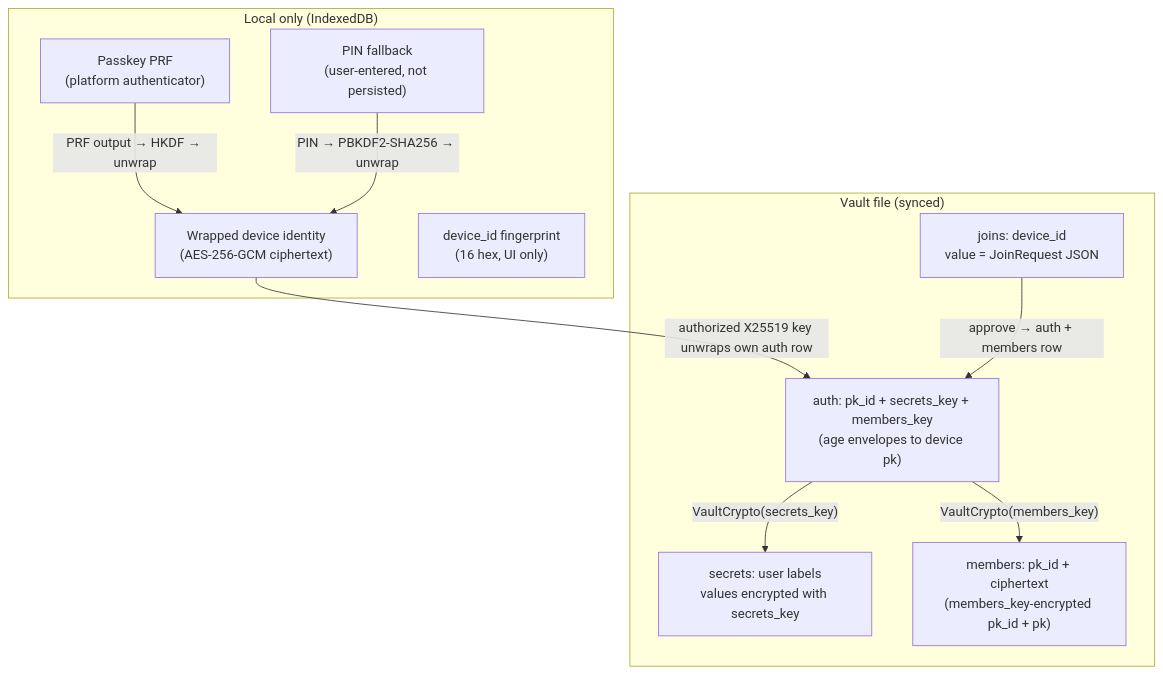
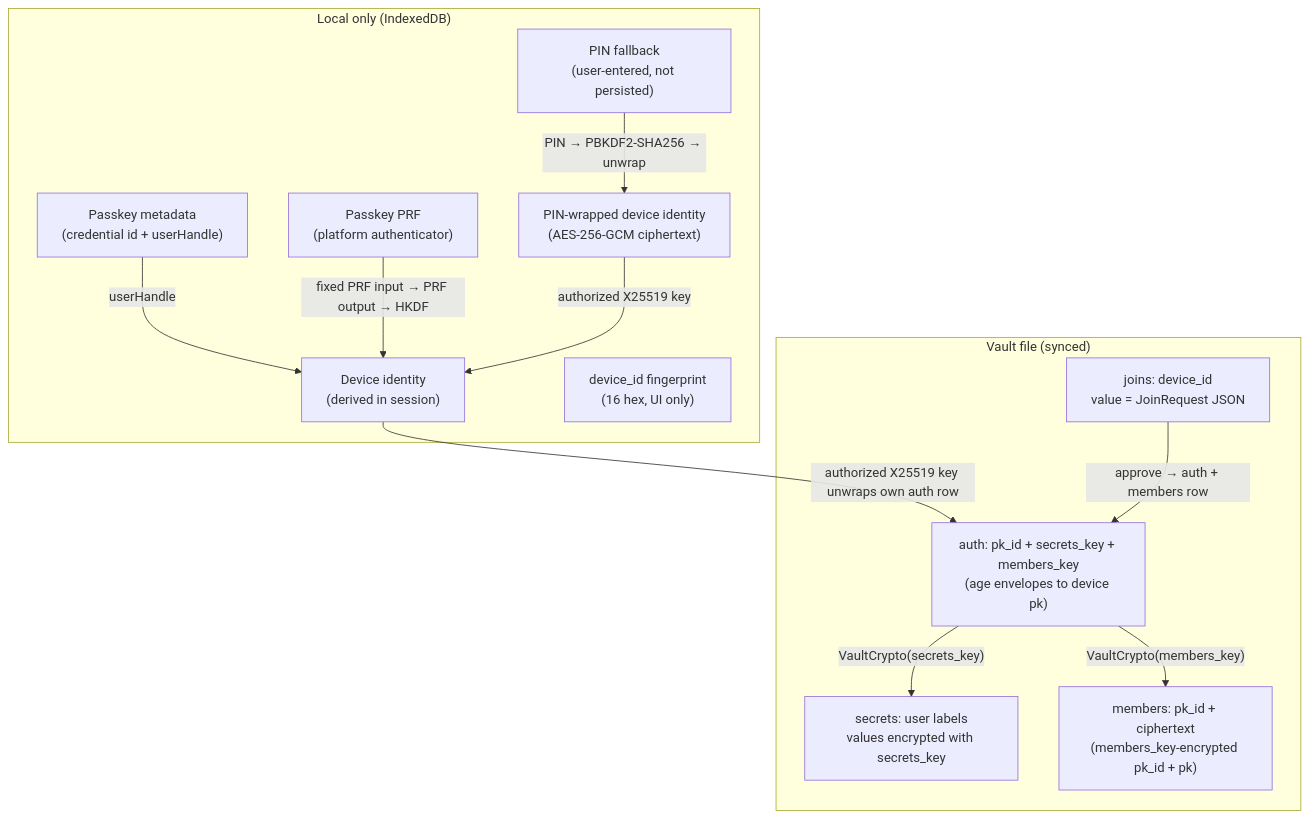
Before and after one commit to meta-secret/nook: the diagram in .cortex/product-specs/decentralized-auth.md, drawn with Mermaid. The commit also changed other lines of this file and 18 other files, not shown here.

Commit message:
Derive device identity from passkey PRF

````diff
--- a/.cortex/product-specs/decentralized-auth.md
+++ b/.cortex/product-specs/decentralized-auth.md
@@ -20,23 +20,27 @@
 ```mermaid
 flowchart TB
   subgraph local["Local only (IndexedDB)"]
-    DI["Wrapped device identity<br/>(AES-256-GCM ciphertext)"]
+    PM["Passkey metadata<br/>(credential id + userHandle)"]
+    DI["Device identity<br/>(derived in session)"]
+    PI["PIN-wrapped device identity<br/>(AES-256-GCM ciphertext)"]
     PK["Passkey PRF<br/>(platform authenticator)"]
     PIN["PIN fallback<br/>(user-entered, not persisted)"]
     DID["device_id fingerprint<br/>(16 hex, UI only)"]
   end
 
   subgraph vault_file["Vault file (synced)"]
     AUTH["auth: pk_id + secrets_key + members_key<br/>(age envelopes to device pk)"]
     JOIN["joins: device_id<br/>value = JoinRequest JSON"]
     SEC["secrets: user labels<br/>values encrypted with secrets_key"]
     MEM["members: pk_id + ciphertext<br/>(members_key-encrypted pk_id + pk)"]
   end
 
-  PK -->|"PRF output → HKDF → unwrap"| DI
-  PIN -->|"PIN → PBKDF2-SHA256 → unwrap"| DI
+  PM -->|"userHandle"| DI
+  PK -->|"fixed PRF input → PRF output → HKDF"| DI
+  PIN -->|"PIN → PBKDF2-SHA256 → unwrap"| PI
+  PI -->|"authorized X25519 key"| DI
   DI -->|"authorized X25519 key unwraps own auth row"| AUTH
   AUTH -->|"VaultCrypto(secrets_key)"| SEC
   AUTH -->|"VaultCrypto(members_key)"| MEM
   JOIN -->|"approve → auth + members row"| AUTH
 ```
````
